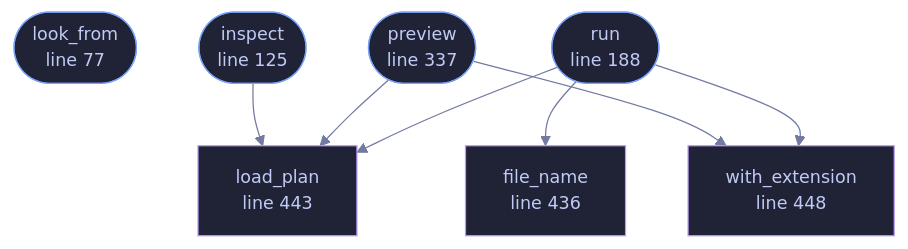
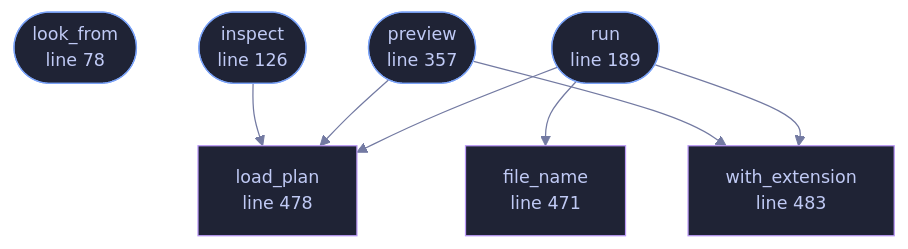
The diagram in wiki/File-veilvoice-cli-conversation.md (tilas01/veilvoice), drawn with Mermaid before and after one commit. The commit also changed other lines of this file and 68 other files, not shown here.

````diff
--- a/wiki/File-veilvoice-cli-conversation.md
+++ b/wiki/File-veilvoice-cli-conversation.md
@@ -94,28 +94,28 @@
 ```mermaid
 %%{init: {"theme":"base","themeVariables":{"background":"#1a1b26","primaryColor":"#1f2335","primaryTextColor":"#c0caf5","primaryBorderColor":"#7aa2f7","secondaryColor":"#16161e","tertiaryColor":"#16161e","lineColor":"#737aa2","textColor":"#c0caf5","mainBkg":"#1f2335","nodeBorder":"#7aa2f7","clusterBkg":"#16161e","clusterBorder":"#2f3549","fontFamily":"ui-monospace, SFMono-Regular, Consolas, monospace","fontSize":"14px"}}}%%
 flowchart TD
-    n_look_from(["look_from<br/>line 77"])
-    n_inspect(["inspect<br/>line 125"])
-    n_run(["run<br/>line 188"])
-    n_preview(["preview<br/>line 337"])
-    n_file_name["file_name<br/>line 436"]
-    n_load_plan["load_plan<br/>line 443"]
-    n_with_extension["with_extension<br/>line 448"]
+    n_look_from(["look_from<br/>line 78"])
+    n_inspect(["inspect<br/>line 126"])
+    n_run(["run<br/>line 189"])
+    n_preview(["preview<br/>line 357"])
+    n_file_name["file_name<br/>line 471"]
+    n_load_plan["load_plan<br/>line 478"]
+    n_with_extension["with_extension<br/>line 483"]
     n_inspect --> n_load_plan
     n_preview --> n_load_plan
     n_preview --> n_with_extension
     n_run --> n_file_name
     n_run --> n_load_plan
     n_run --> n_with_extension
-    click n_look_from href "https://github.com/tilas01/veilvoice/blob/main/crates/veilvoice-cli/src/conversation.rs#L77" "open the source"
-    click n_inspect href "https://github.com/tilas01/veilvoice/blob/main/crates/veilvoice-cli/src/conversation.rs#L125" "open the source"
-    click n_run href "https://github.com/tilas01/veilvoice/blob/main/crates/veilvoice-cli/src/conversation.rs#L188" "open the source"
-    click n_preview href "https://github.com/tilas01/veilvoice/blob/main/crates/veilvoice-cli/src/conversation.rs#L337" "open the source"
-    click n_file_name href "https://github.com/tilas01/veilvoice/blob/main/crates/veilvoice-cli/src/conversation.rs#L436" "open the source"
-    click n_load_plan href "https://github.com/tilas01/veilvoice/blob/main/crates/veilvoice-cli/src/conversation.rs#L443" "open the source"
-    click n_with_extension href "https://github.com/tilas01/veilvoice/blob/main/crates/veilvoice-cli/src/conversation.rs#L448" "open the source"
+    click n_look_from href "https://github.com/tilas01/veilvoice/blob/main/crates/veilvoice-cli/src/conversation.rs#L78" "open the source"
+    click n_inspect href "https://github.com/tilas01/veilvoice/blob/main/crates/veilvoice-cli/src/conversation.rs#L126" "open the source"
+    click n_run href "https://github.com/tilas01/veilvoice/blob/main/crates/veilvoice-cli/src/conversation.rs#L189" "open the source"
+    click n_preview href "https://github.com/tilas01/veilvoice/blob/main/crates/veilvoice-cli/src/conversation.rs#L357" "open the source"
+    click n_file_name href "https://github.com/tilas01/veilvoice/blob/main/crates/veilvoice-cli/src/conversation.rs#L471" "open the source"
+    click n_load_plan href "https://github.com/tilas01/veilvoice/blob/main/crates/veilvoice-cli/src/conversation.rs#L478" "open the source"
+    click n_with_extension href "https://github.com/tilas01/veilvoice/blob/main/crates/veilvoice-cli/src/conversation.rs#L483" "open the source"
     classDef entry fill:#1f2335,stroke:#7aa2f7,color:#c0caf5
     class n_look_from,n_inspect,n_run,n_preview entry
     classDef helper fill:#1f2335,stroke:#bb9af7,color:#c0caf5
     class n_file_name,n_load_plan,n_with_extension helper
 ```
````
